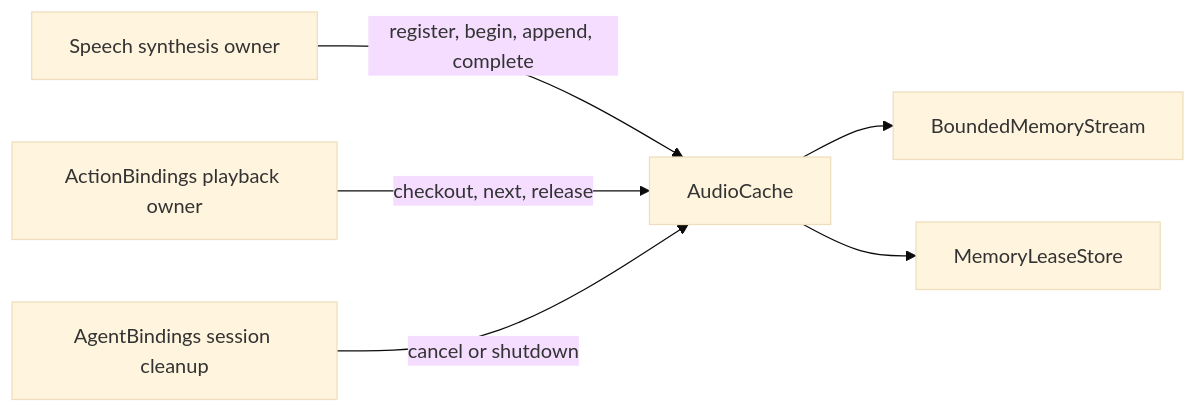
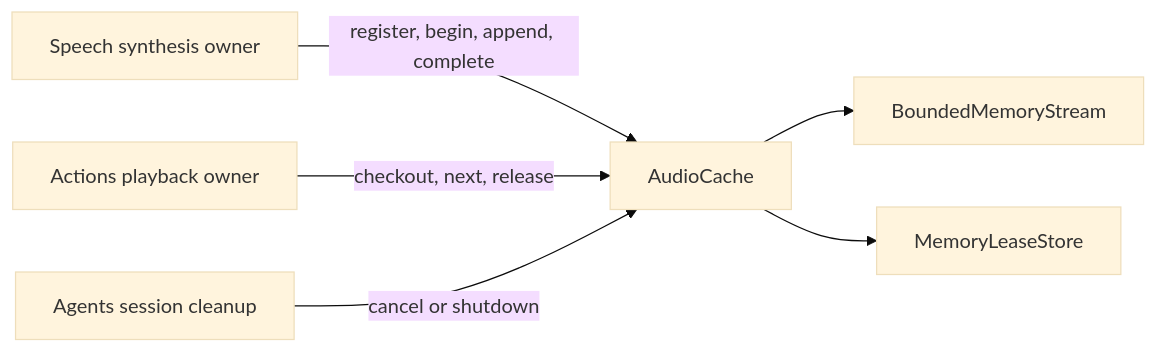
One commit to devilyouwei/MobileHarness changed the diagram in MobileHarness/Storage/Cache/Audio/README.md. Above: the diagram before and after it, drawn with Mermaid (base theme). The commit also changed 483 other files, not shown here.

First line of the commit message:
Refactor direct container inputs and organize Actions and Agents

````diff
--- a/MobileHarness/Storage/Cache/Audio/README.md
+++ b/MobileHarness/Storage/Cache/Audio/README.md
@@ -15,8 +15,8 @@
 ```mermaid
 flowchart LR
  Producer[Speech synthesis owner] -->|register, begin, append, complete| Store[AudioCache]
- Player[ActionBindings playback owner] -->|checkout, next, release| Store
- Scope[AgentBindings session cleanup] -->|cancel or shutdown| Store
+ Player[Actions playback owner] -->|checkout, next, release| Store
+ Scope[Agents session cleanup] -->|cancel or shutdown| Store
  Store --> Stream[BoundedMemoryStream]
  Store --> Lease[MemoryLeaseStore]
 ```
````
